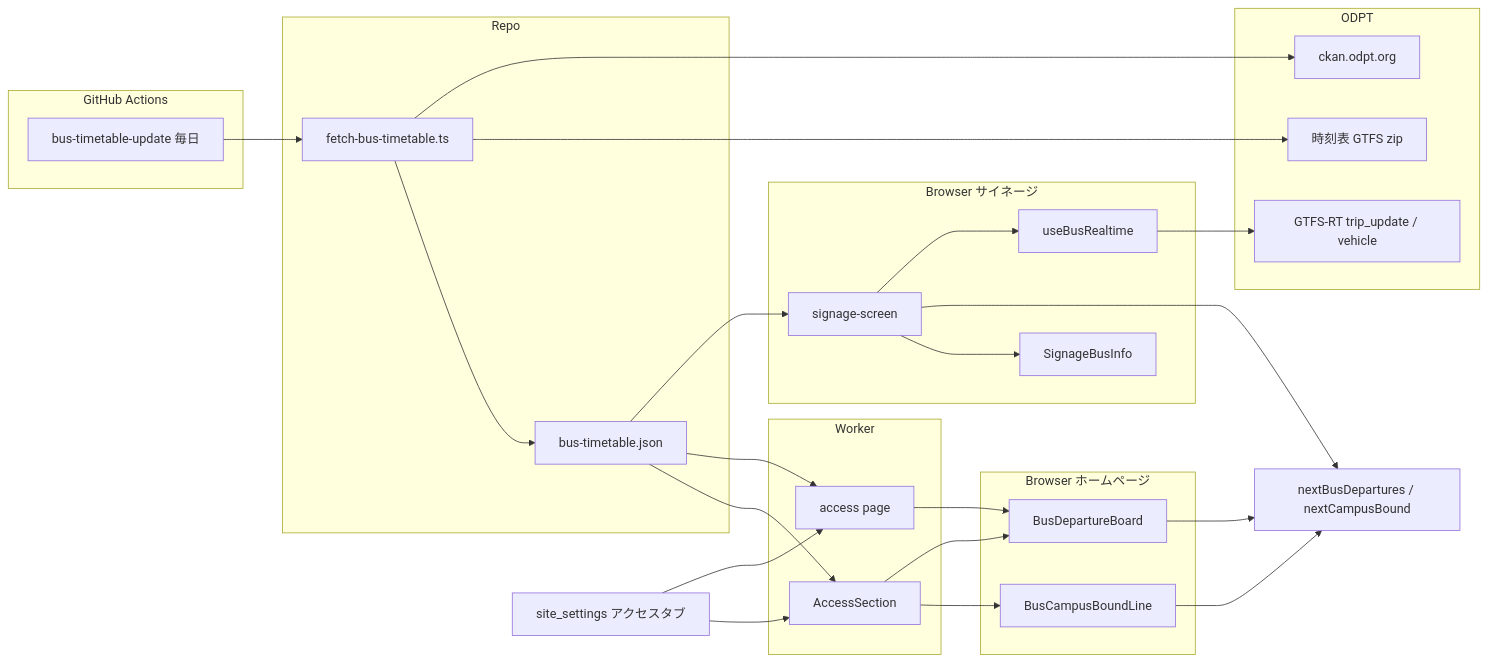
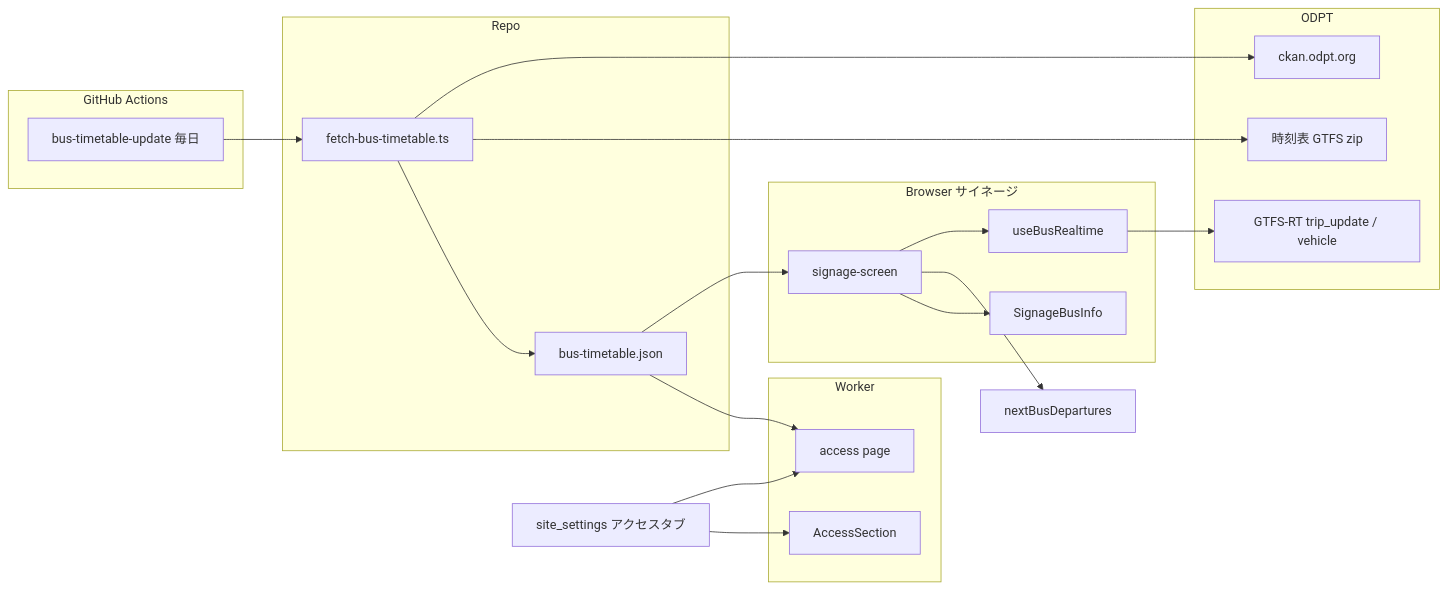
One commit to aramakisai/aramakisai-web changed the first of 4 diagrams in .kiro/specs/bus-departure-info/design.md. Above: the diagram before and after it, drawn with Mermaid. The commit also changed other lines of this file and 1 other file, not shown here.

````diff
--- a/.kiro/specs/bus-departure-info/design.md
+++ b/.kiro/specs/bus-departure-info/design.md
@@ -62,49 +61,39 @@
 ```mermaid
 graph LR
   subgraph ODPT
     CKAN[ckan.odpt.org]
     GTFS[時刻表 GTFS zip]
     RT[GTFS-RT trip_update / vehicle]
   end
   subgraph GitHub Actions
     Cron[bus-timetable-update 毎日]
   end
   subgraph Repo
     Script[fetch-bus-timetable.ts]
     Json[bus-timetable.json]
   end
   subgraph Signage[Browser サイネージ]
     Screen[signage-screen]
     Hook[useBusRealtime]
     Sign[SignageBusInfo]
   end
-  subgraph Home[Browser ホームページ]
-    Board[BusDepartureBoard]
-    Line[BusCampusBoundLine]
-  end
-  Calc[nextBusDepartures / nextCampusBound]
+  Calc[nextBusDepartures]
   subgraph Worker
     Access[access page]
     Top[AccessSection]
   end
   CMS[site_settings アクセスタブ]
 
   Cron --> Script
   Script --> CKAN
   Script --> GTFS
   Script --> Json
   Json --> Screen
   Json --> Access
-  Json --> Top
   Screen --> Hook
   Hook --> RT
   Screen --> Calc
   Screen --> Sign
-  Board --> Calc
-  Line --> Calc
-  Top --> Board
-  Top --> Line
-  Access --> Board
   CMS --> Access
   CMS --> Top
 ```
````
